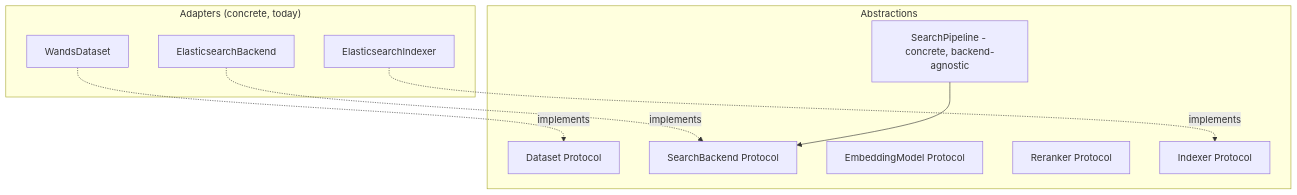
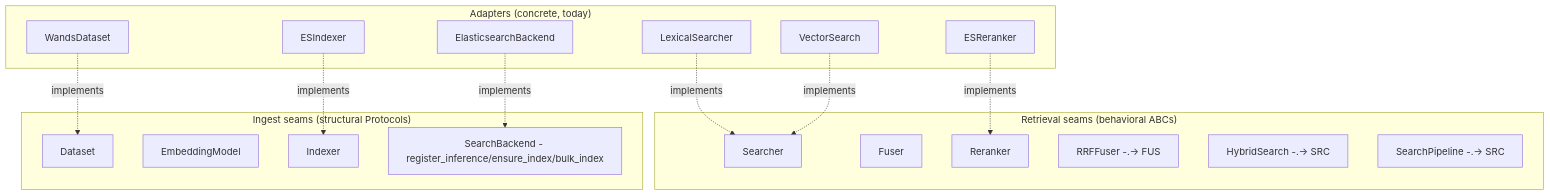
The second of 4 diagrams in docs/experiment.md (TensorOpt/search-rag-evaluation), drawn with Mermaid before and after one commit. The commit also changed other lines of this file and 10 other files, not shown here.

````diff
--- a/docs/experiment.md
+++ b/docs/experiment.md
@@ -79,17 +85,25 @@
 ```mermaid
 flowchart TB
-  subgraph Abstractions
-    DSP[Dataset Protocol]
-    SBP[SearchBackend Protocol]
-    EMP[EmbeddingModel Protocol]
-    RRP[Reranker Protocol]
-    IXP[Indexer Protocol]
-    PIPE[SearchPipeline - concrete, backend-agnostic]
+  subgraph "Retrieval seams (behavioral ABCs)"
+    SRC[Searcher]
+    FUS[Fuser]
+    RRK[Reranker]
+    RRF[RRFFuser -.-> FUS]
+    HYB[HybridSearch -.-> SRC]
+    SP[SearchPipeline -.-> SRC]
+  end
+  subgraph "Ingest seams (structural Protocols)"
+    DSP[Dataset]
+    EMP[EmbeddingModel]
+    IXP[Indexer]
+    SBP[SearchBackend - register_inference/ensure_index/bulk_index]
   end
   subgraph "Adapters (concrete, today)"
     WANDS[WandsDataset] -.implements.-> DSP
+    ESL[LexicalSearcher] -.implements.-> SRC
+    ESV[VectorSearch] -.implements.-> SRC
+    ESR[ESReranker] -.implements.-> RRK
+    ESIX[ESIndexer] -.implements.-> IXP
     ESB[ElasticsearchBackend] -.implements.-> SBP
-    ESIX[ElasticsearchIndexer] -.implements.-> IXP
   end
-  PIPE --> SBP
 ```
````
